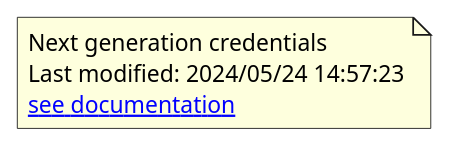
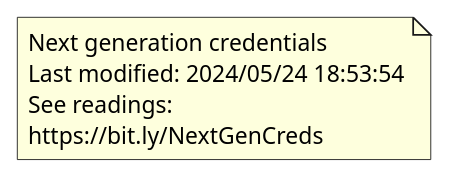
Before and after one commit to judielaine/quiver-research: the diagram in diagrams/terminology/Version.puml, drawn with PlantUML. The commit also changed 20 other files, not shown here.

```diff
--- a/diagrams/terminology/Version.puml
+++ b/diagrams/terminology/Version.puml
@@ -1,7 +1,8 @@
 @startuml version
 note as version
     Next generation credentials
-    Last modified: 2024/05/24 14:57:23
-    [[https://www.zotero.org/groups/5541646/nextgencredentials{Zotero} see documentation]]
+    Last modified: 2024/05/24 18:53:54
+    See readings:
+    https://bit.ly/NextGenCreds
 end note
 @enduml
```
